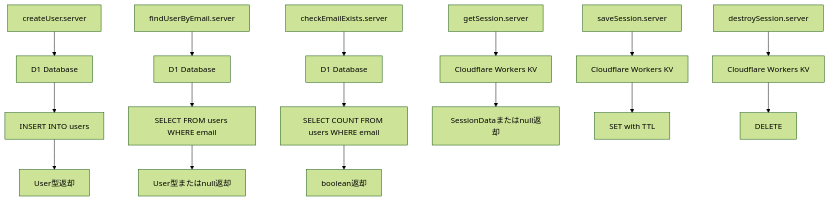
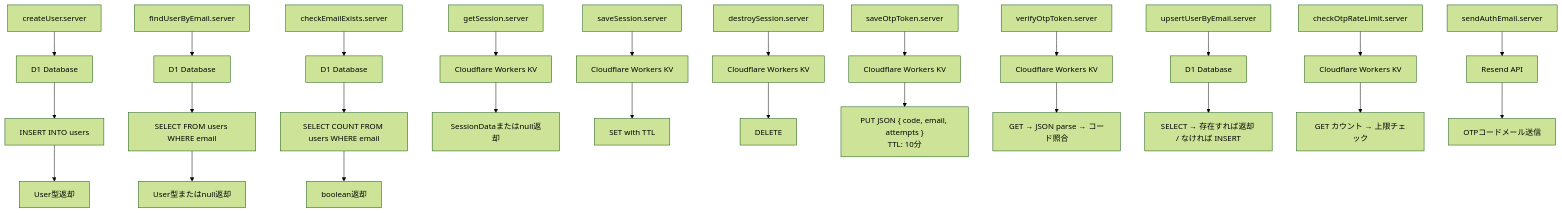
The ninth of 18 diagrams in develop/account/authentication/data-flow-diagram.md (tezuka-Akihiro/ClaudeMix), drawn with Mermaid (forest theme) before and after one commit. The commit also changed other lines of this file and 6 other files, not shown here.

````diff
--- a/develop/account/authentication/data-flow-diagram.md
+++ b/develop/account/authentication/data-flow-diagram.md
@@ -357,23 +505,38 @@
 ```mermaid
 graph TD
     A[createUser.server] --> B[D1 Database]
     B --> C[INSERT INTO users]
     C --> D[User型返却]
 
     E[findUserByEmail.server] --> F[D1 Database]
     F --> G[SELECT FROM users WHERE email]
     G --> H[User型またはnull返却]
 
     I[checkEmailExists.server] --> J[D1 Database]
     J --> K[SELECT COUNT FROM users WHERE email]
     K --> L[boolean返却]
 
     M[getSession.server] --> N[Cloudflare Workers KV]
     N --> O[SessionDataまたはnull返却]
 
     P[saveSession.server] --> Q[Cloudflare Workers KV]
     Q --> R[SET with TTL]
 
     S[destroySession.server] --> T[Cloudflare Workers KV]
     T --> U[DELETE]
+
+    V[saveOtpToken.server] --> W[Cloudflare Workers KV]
+    W --> X["PUT JSON { code, email, attempts }<br/>TTL: 10分"]
+
+    Y[verifyOtpToken.server] --> Z[Cloudflare Workers KV]
+    Z --> AA["GET → JSON parse → コード照合"]
+
+    BB[upsertUserByEmail.server] --> CC[D1 Database]
+    CC --> DD["SELECT → 存在すれば返却 / なければ INSERT"]
+
+    EE[checkOtpRateLimit.server] --> FF[Cloudflare Workers KV]
+    FF --> GG["GET カウント → 上限チェック"]
+
+    HH[sendAuthEmail.server] --> II[Resend API]
+    II --> JJ["OTPコードメール送信"]
 ```
````
